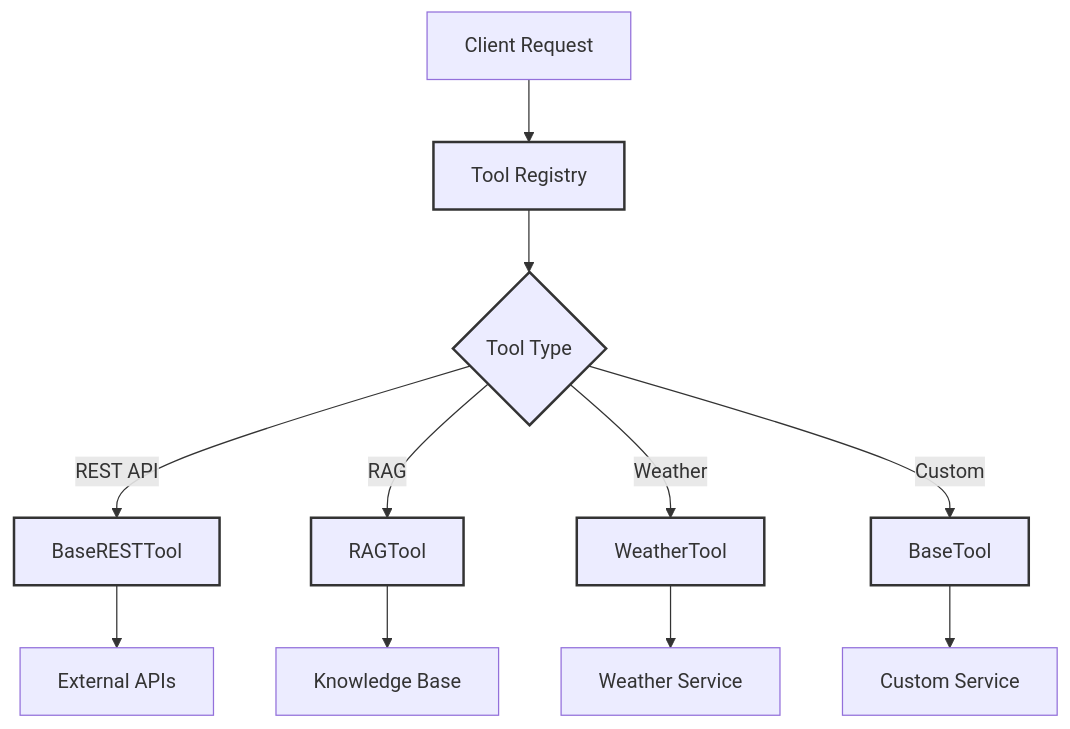
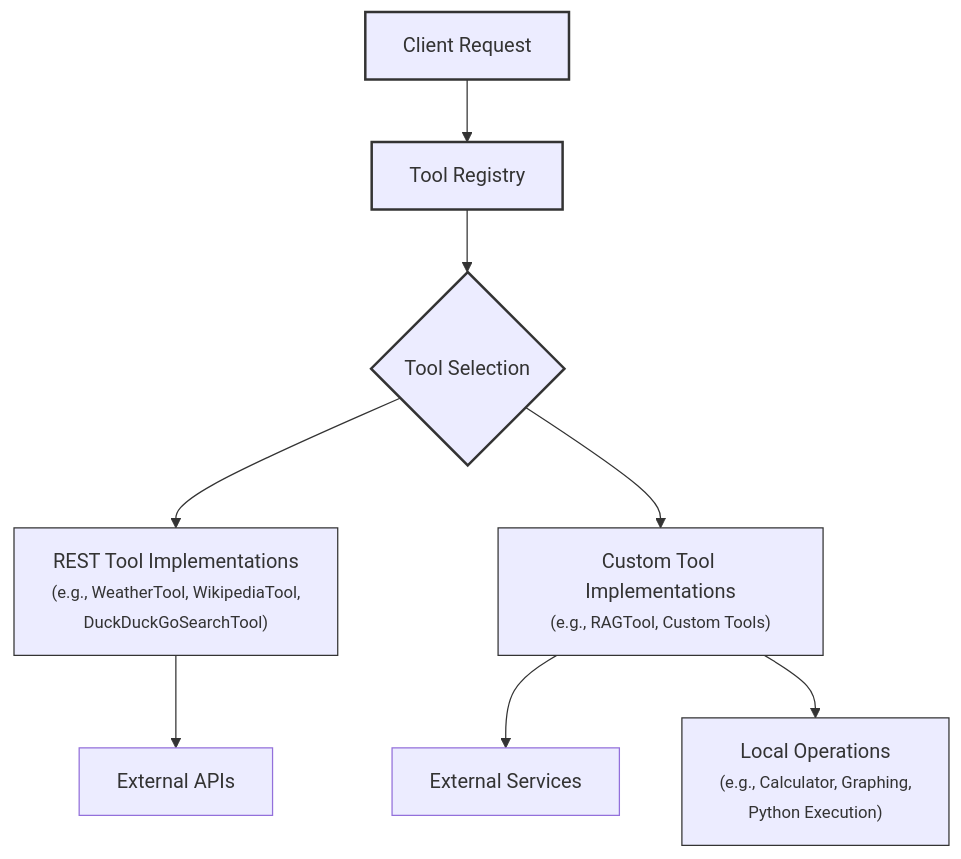
Before and after one commit to krab7191/flexo: the first of 2 diagrams in docs/reference/tools/index.md, drawn with Mermaid. The commit also changed other lines of this file and 44 other files, not shown here.

````diff
--- a/docs/reference/tools/index.md
+++ b/docs/reference/tools/index.md
@@ -10,21 +10,19 @@
 ```mermaid
 graph TB
-    A[Client Request] --> B[Tool Registry]
-    B --> C{Tool Type}
-    C -->|REST API| D[BaseRESTTool]
-    C -->|RAG| E[RAGTool]
-    C -->|Weather| F[WeatherTool]
-    C -->|Custom| G[BaseTool]
+    A[Client Request] --> Z[Tool Registry]
+    Z --> B{Tool Selection}
     
-    D --> H[External APIs]
-    E --> I[Knowledge Base]
-    F --> J[Weather Service]
-    G --> K[Custom Service]
+    B --> F["REST Tool Implementations<br><small>(e.g., WeatherTool, WikipediaTool,<br>DuckDuckGoSearchTool)</small>"]
+    B --> G["Custom Tool Implementations<br><small>(e.g., RAGTool, Custom Tools)</small>"]
     
+    F --> H[External APIs]
+    G --> I[External Services]
+    G --> J["Local Operations<br><small>(e.g., Calculator, Graphing,<br>Python Execution)</small>"]
+    
+    style A stroke:#333,stroke-width:2px
+    style Z stroke:#333,stroke-width:2px
     style B stroke:#333,stroke-width:2px
-    style C stroke:#333,stroke-width:2px
-    style D stroke:#333,stroke-width:2px
-    style E stroke:#333,stroke-width:2px
-    style F stroke:#333,stroke-width:2px
-    style G stroke:#333,stroke-width:2px
+    style F stroke:#333,stroke-width:1px
+    style G stroke:#333,stroke-width:1px
+    style J stroke:#333,stroke-width:1px
 ```
````
